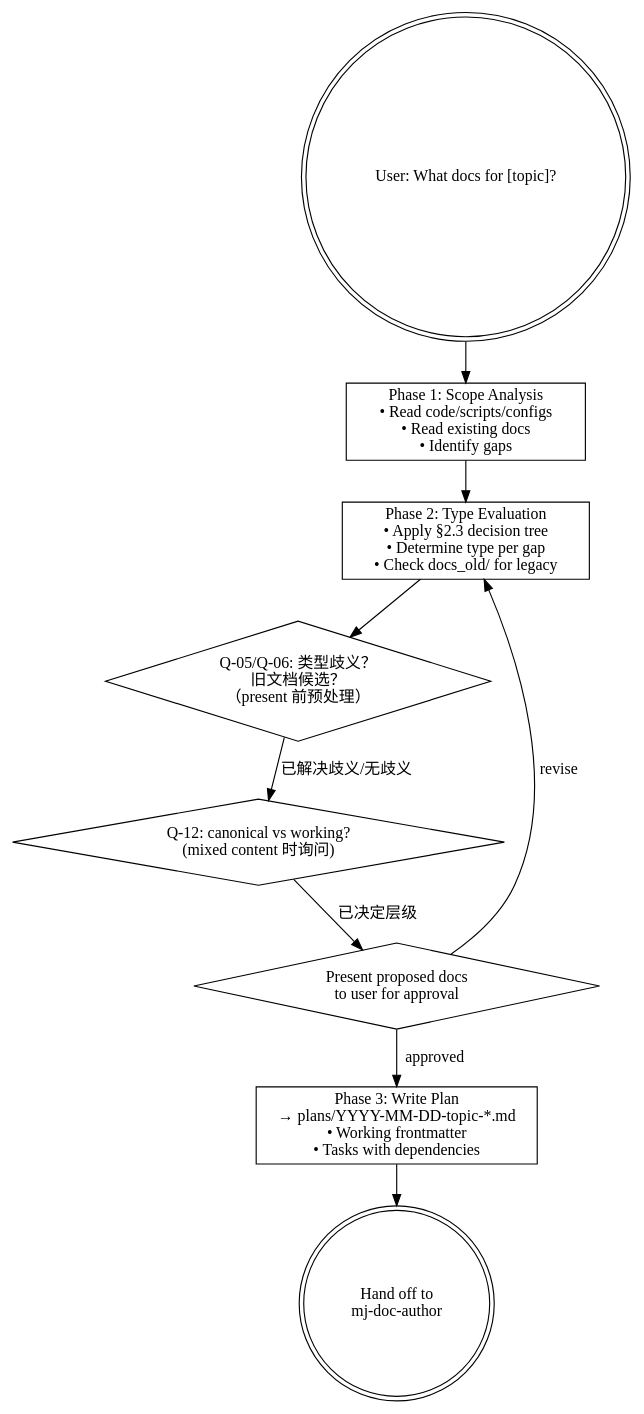
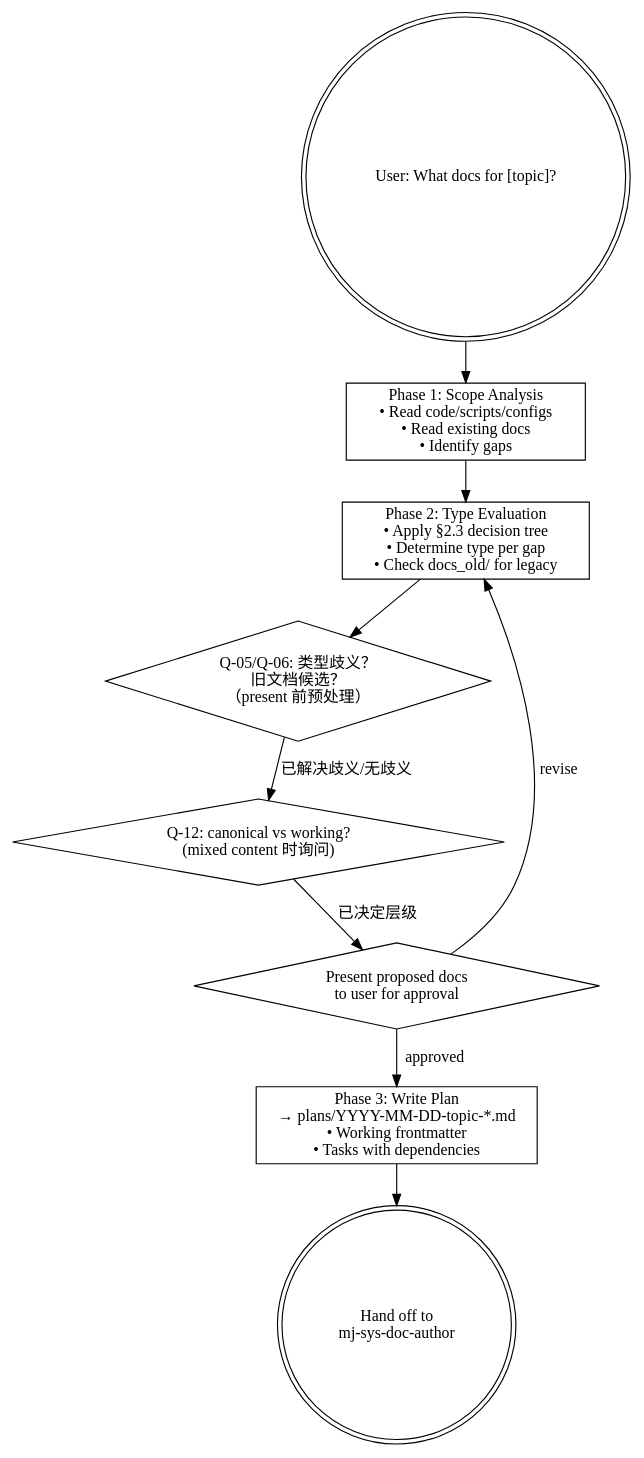
The diagram in plugins/mj-sys-doc/skills/mj-sys-doc-plan/SKILL.md (MJ-AgentLab/mj-agentlab-marketplace), drawn with Graphviz before and after one commit. The commit also changed other lines of this file and 54 other files, not shown here.

````diff
--- a/plugins/mj-sys-doc/skills/mj-sys-doc-plan/SKILL.md
+++ b/plugins/mj-sys-doc/skills/mj-sys-doc-plan/SKILL.md
@@ -23,27 +23,27 @@
 ```dot
 digraph plan {
   rankdir=TB;
   input [label="User: What docs for [topic]?" shape=doublecircle];
 
   p1 [label="Phase 1: Scope Analysis\n• Read code/scripts/configs\n• Read existing docs\n• Identify gaps" shape=box];
 
   p2 [label="Phase 2: Type Evaluation\n• Apply §2.3 decision tree\n• Determine type per gap\n• Check docs_old/ for legacy" shape=box];
 
   q05q06 [label="Q-05/Q-06: 类型歧义？\n旧文档候选？\n（present 前预处理）" shape=diamond];
 
   present [label="Present proposed docs\nto user for approval" shape=diamond];
 
   q12 [label="Q-12: canonical vs working?\n(mixed content 时询问)" shape=diamond];
 
   p3 [label="Phase 3: Write Plan\n→ plans/YYYY-MM-DD-topic-*.md\n• Working frontmatter\n• Tasks with dependencies" shape=box];
 
-  handoff [label="Hand off to\nmj-doc-author" shape=doublecircle];
+  handoff [label="Hand off to\nmj-sys-doc-author" shape=doublecircle];
 
   input -> p1 -> p2 -> q05q06;
   q05q06 -> q12 [label="已解决歧义/无歧义"];
   q12 -> present [label="已决定层级"];
   present -> p3 [label="approved"];
   present -> p2 [label="revise"];
   p3 -> handoff;
 }
 ```
````
